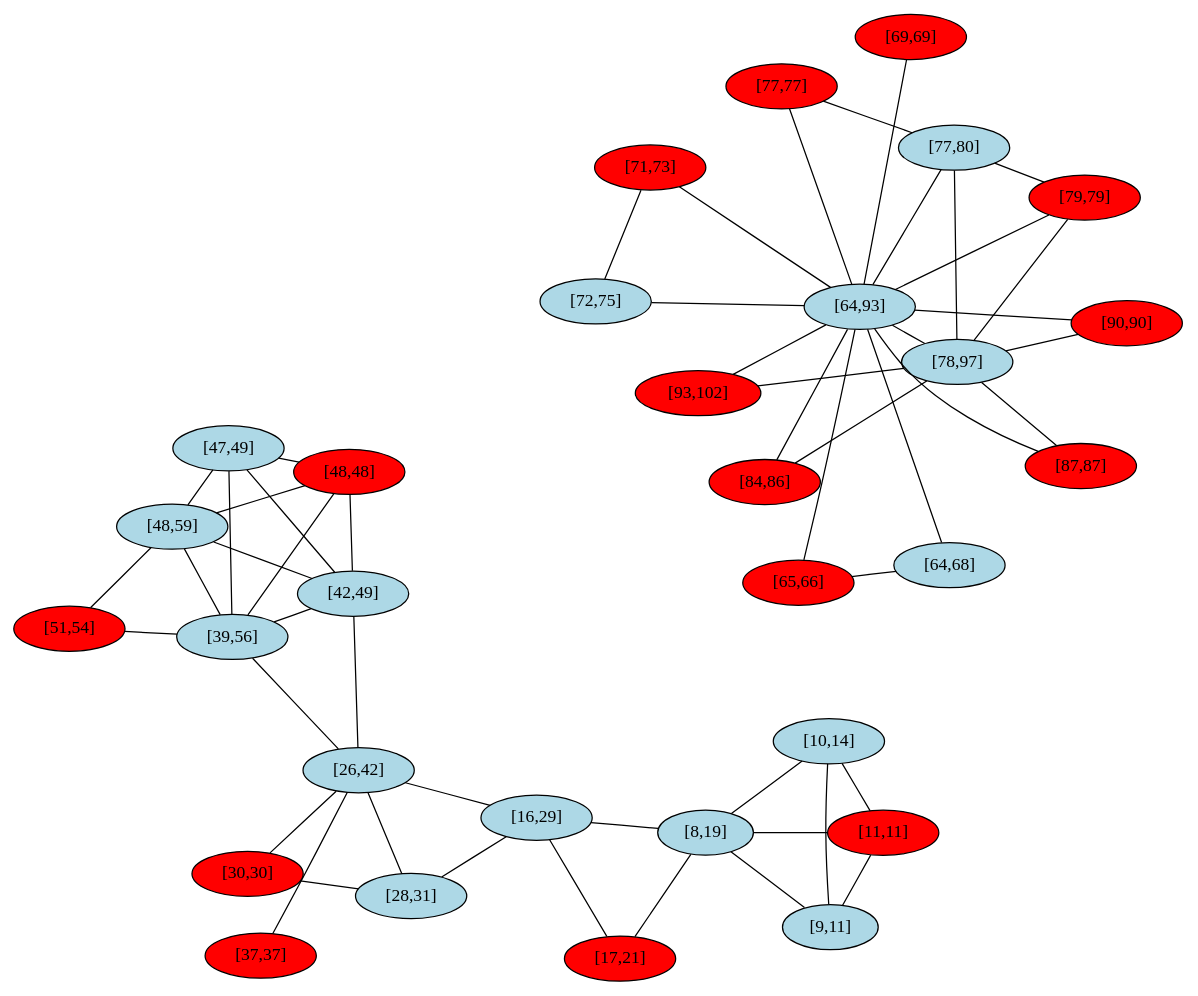
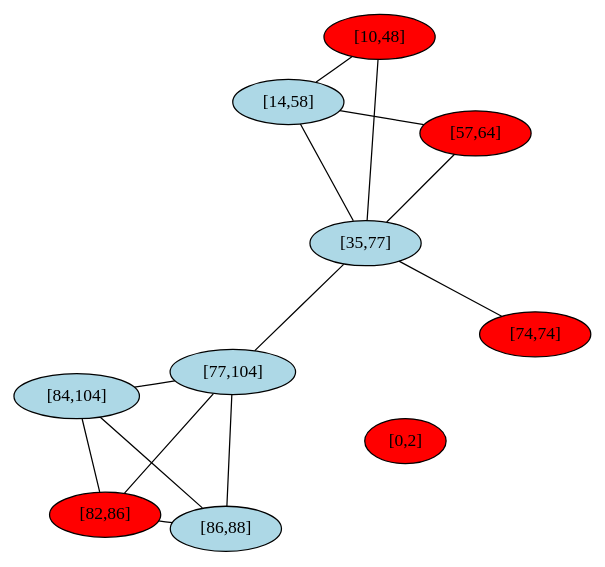
One commit to atotgerman/DUE_Fscharp changed the diagram in intervallumgraf.dot. Above: the diagram before and after it, drawn with Graphviz. The commit also changed 2 other files, not shown here.

```diff
--- a/intervallumgraf.dot
+++ b/intervallumgraf.dot
@@ -1,87 +1,28 @@
 graph G {
   layout=neato;
   overlap=false;
   splines=true;
-  1 [label="[42,49]", style=filled, fillcolor=lightblue];
-  2 [label="[48,48]", style=filled, fillcolor=red];
-  3 [label="[78,97]", style=filled, fillcolor=lightblue];
-  4 [label="[26,42]", style=filled, fillcolor=lightblue];
-  5 [label="[90,90]", style=filled, fillcolor=red];
-  6 [label="[51,54]", style=filled, fillcolor=red];
-  7 [label="[10,14]", style=filled, fillcolor=lightblue];
-  8 [label="[84,86]", style=filled, fillcolor=red];
-  9 [label="[71,73]", style=filled, fillcolor=red];
-  10 [label="[69,69]", style=filled, fillcolor=red];
-  11 [label="[48,59]", style=filled, fillcolor=lightblue];
-  12 [label="[39,56]", style=filled, fillcolor=lightblue];
-  13 [label="[11,11]", style=filled, fillcolor=red];
-  14 [label="[16,29]", style=filled, fillcolor=lightblue];
-  15 [label="[77,77]", style=filled, fillcolor=red];
-  16 [label="[9,11]", style=filled, fillcolor=lightblue];
-  17 [label="[37,37]", style=filled, fillcolor=red];
-  18 [label="[93,102]", style=filled, fillcolor=red];
-  19 [label="[30,30]", style=filled, fillcolor=red];
-  20 [label="[17,21]", style=filled, fillcolor=red];
-  21 [label="[47,49]", style=filled, fillcolor=lightblue];
-  22 [label="[87,87]", style=filled, fillcolor=red];
-  23 [label="[64,93]", style=filled, fillcolor=lightblue];
-  24 [label="[64,68]", style=filled, fillcolor=lightblue];
-  25 [label="[65,66]", style=filled, fillcolor=red];
-  26 [label="[8,19]", style=filled, fillcolor=lightblue];
-  27 [label="[72,75]", style=filled, fillcolor=lightblue];
-  28 [label="[77,80]", style=filled, fillcolor=lightblue];
-  29 [label="[28,31]", style=filled, fillcolor=lightblue];
-  30 [label="[79,79]", style=filled, fillcolor=red];
-  1 -- 2;
-  1 -- 4;
-  1 -- 11;
-  1 -- 12;
-  1 -- 21;
-  2 -- 11;
-  2 -- 12;
-  2 -- 21;
+  1 [label="[84,104]", style=filled, fillcolor=lightblue];
+  2 [label="[74,74]", style=filled, fillcolor=red];
+  3 [label="[57,64]", style=filled, fillcolor=red];
+  4 [label="[0,2]", style=filled, fillcolor=red];
+  5 [label="[14,58]", style=filled, fillcolor=lightblue];
+  6 [label="[10,48]", style=filled, fillcolor=red];
+  7 [label="[35,77]", style=filled, fillcolor=lightblue];
+  8 [label="[82,86]", style=filled, fillcolor=red];
+  9 [label="[86,88]", style=filled, fillcolor=lightblue];
+  10 [label="[77,104]", style=filled, fillcolor=lightblue];
+  1 -- 8;
+  1 -- 9;
+  1 -- 10;
+  2 -- 7;
   3 -- 5;
-  3 -- 8;
-  3 -- 18;
-  3 -- 22;
-  3 -- 23;
-  3 -- 28;
-  3 -- 30;
-  4 -- 12;
-  4 -- 14;
-  4 -- 17;
-  4 -- 19;
-  4 -- 29;
-  5 -- 23;
-  6 -- 11;
-  6 -- 12;
-  7 -- 13;
-  7 -- 16;
-  7 -- 26;
-  8 -- 23;
-  9 -- 23;
-  9 -- 27;
-  10 -- 23;
-  11 -- 12;
-  11 -- 21;
-  12 -- 21;
-  13 -- 16;
-  13 -- 26;
-  14 -- 20;
-  14 -- 26;
-  14 -- 29;
-  15 -- 23;
-  15 -- 28;
-  16 -- 26;
-  18 -- 23;
-  19 -- 29;
-  20 -- 26;
-  22 -- 23;
-  23 -- 24;
-  23 -- 25;
-  23 -- 27;
-  23 -- 28;
-  23 -- 30;
-  24 -- 25;
-  28 -- 30;
+  3 -- 7;
+  5 -- 6;
+  5 -- 7;
+  6 -- 7;
+  7 -- 10;
+  8 -- 9;
+  8 -- 10;
+  9 -- 10;
 }
```
